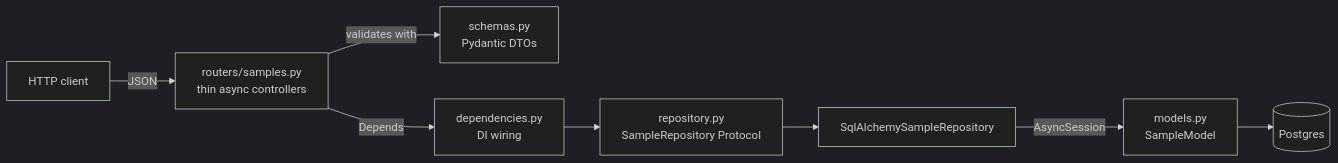
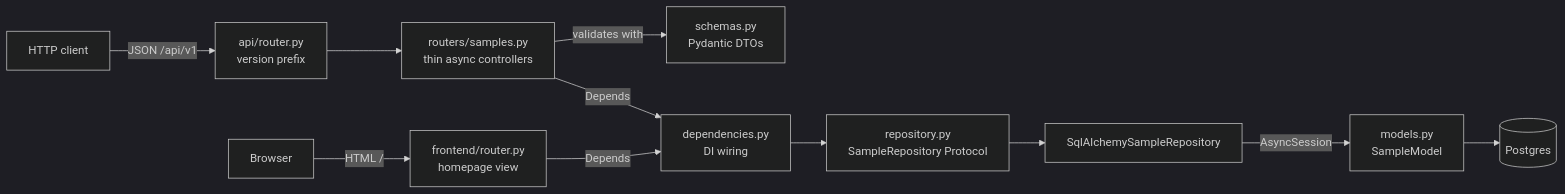
One commit to SVZhuk/SciInf_training changed the first of 3 diagrams in ARCHITECTURE.md. Above: the diagram before and after it, drawn with Mermaid (dark theme). The commit also changed other lines of this file and 21 other files, not shown here.

````diff
--- a/ARCHITECTURE.md
+++ b/ARCHITECTURE.md
@@ -26,10 +26,13 @@
 ```mermaid
 flowchart LR
-    C[HTTP client] -->|JSON| R["routers/samples.py<br/>thin async controllers"]
+    C[HTTP client] -->|JSON /api/v1| A["api/router.py<br/>version prefix"]
+    A --> R["routers/samples.py<br/>thin async controllers"]
+    B[Browser] -->|HTML /| W["frontend/router.py<br/>homepage view"]
     R -->|validates with| S["schemas.py<br/>Pydantic DTOs"]
     R -->|Depends| D["dependencies.py<br/>DI wiring"]
+    W -->|Depends| D
     D --> P["repository.py<br/>SampleRepository Protocol"]
     P --> SA["SqlAlchemySampleRepository"]
     SA -->|AsyncSession| MD["models.py<br/>SampleModel"]
     MD --> PG[(Postgres)]
 ```
````
